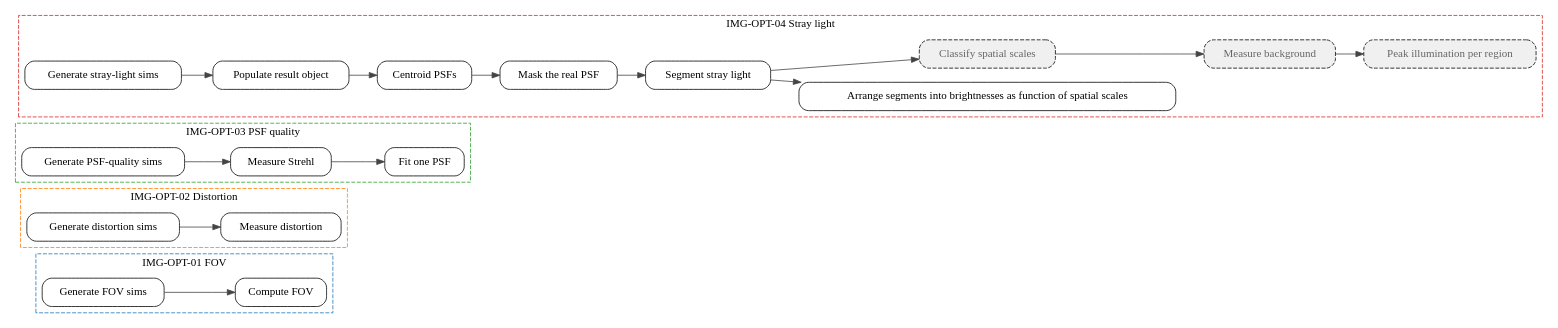
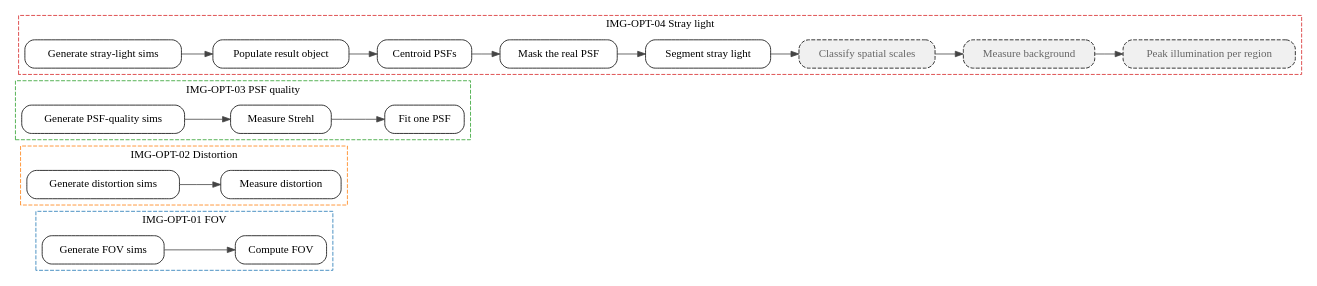
The diagram in docs/uml/pipeline_flow.dot (mwanakijiji/metis_work), drawn with Graphviz before and after one commit. The commit also changed 8 other files, not shown here.

```diff
--- a/docs/uml/pipeline_flow.dot
+++ b/docs/uml/pipeline_flow.dot
@@ -1,75 +1,72 @@
 digraph pipeline {
   rankdir=LR;
   node [shape=box, style="rounded,filled", fillcolor="white"];
   edge [color="#444444"];
 
   subgraph cluster_img_opt_01_fov {
     label="IMG-OPT-01 FOV";
     style="dashed";
     color="#1f77b4";
     generate_fov_sim;
     fov_calc;
   }
 
   subgraph cluster_img_opt_02_distortion {
     label="IMG-OPT-02 Distortion";
     style="dashed";
     color="#ff7f0e";
     generate_distortion_sim;
     image_distortion;
   }
 
   subgraph cluster_img_opt_03_psf_quality {
     label="IMG-OPT-03 PSF quality";
     style="dashed";
     color="#2ca02c";
     generate_psf_quality_sim;
+    strehl_psfs;
     process_one_psf;
-    strehl_psfs;
   }
 
   subgraph cluster_img_opt_04_stray_light {
     label="IMG-OPT-04 Stray light";
     style="dashed";
     color="#d62728";
     generate_stray_light_sim;
     populate_result_obj_info;
-    stray_light_brightness_spectrum;
     centroid_2passes_oversample;
+    stray_light_mask_real;
     stray_light_segmentation;
-    stray_light_mask_real;
     stray_light_spatial_scales;
     stray_light_background_measurement;
     stray_light_peak_illumination_per_region;
   }
 
   generate_fov_sim [label="Generate FOV sims"];
   generate_distortion_sim [label="Generate distortion sims"];
   generate_psf_quality_sim [label="Generate PSF-quality sims"];
   generate_stray_light_sim [label="Generate stray-light sims"];
   fov_calc [label="Compute FOV"];
   image_distortion [label="Measure distortion"];
+  strehl_psfs [label="Measure Strehl"];
   process_one_psf [label="Fit one PSF"];
-  strehl_psfs [label="Measure Strehl"];
   populate_result_obj_info [label="Populate result object"];
-  stray_light_brightness_spectrum [label="Arrange segments into brightnesses as function of spatial scales"];
   centroid_2passes_oversample [label="Centroid PSFs"];
+  stray_light_mask_real [label="Mask the real PSF"];
   stray_light_segmentation [label="Segment stray light"];
-  stray_light_mask_real [label="Mask the real PSF"];
   stray_light_spatial_scales [label="Classify spatial scales", style="rounded,dashed,filled", fillcolor="#f0f0f0", fontcolor="#666666"];
   stray_light_background_measurement [label="Measure background", style="rounded,dashed,filled", fillcolor="#f0f0f0", fontcolor="#666666"];
   stray_light_peak_illumination_per_region [label="Peak illumination per region", style="rounded,dashed,filled", fillcolor="#f0f0f0", fontcolor="#666666"];
 
   generate_fov_sim -> fov_calc;
   generate_distortion_sim -> image_distortion;
+  generate_psf_quality_sim -> strehl_psfs;
   strehl_psfs -> process_one_psf;
-  generate_psf_quality_sim -> strehl_psfs;
   generate_stray_light_sim -> populate_result_obj_info;
-  stray_light_segmentation -> stray_light_brightness_spectrum;
   populate_result_obj_info -> centroid_2passes_oversample;
+  centroid_2passes_oversample -> stray_light_mask_real;
   stray_light_mask_real -> stray_light_segmentation;
-  centroid_2passes_oversample -> stray_light_mask_real;
   stray_light_segmentation -> stray_light_spatial_scales;
   stray_light_spatial_scales -> stray_light_background_measurement;
   stray_light_background_measurement -> stray_light_peak_illumination_per_region;
 }
```
